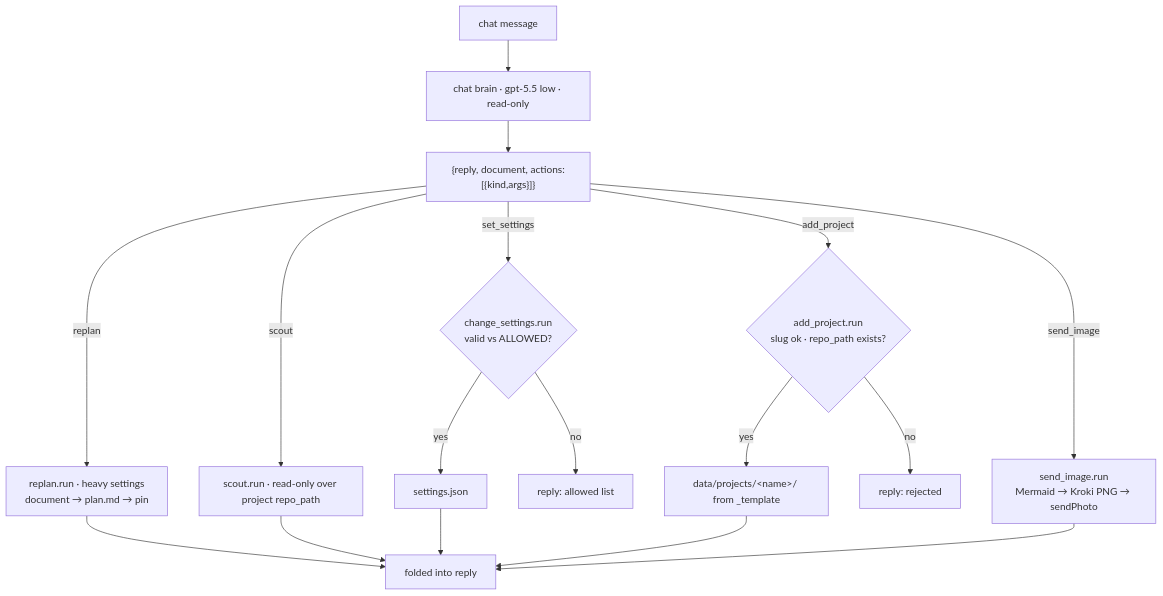
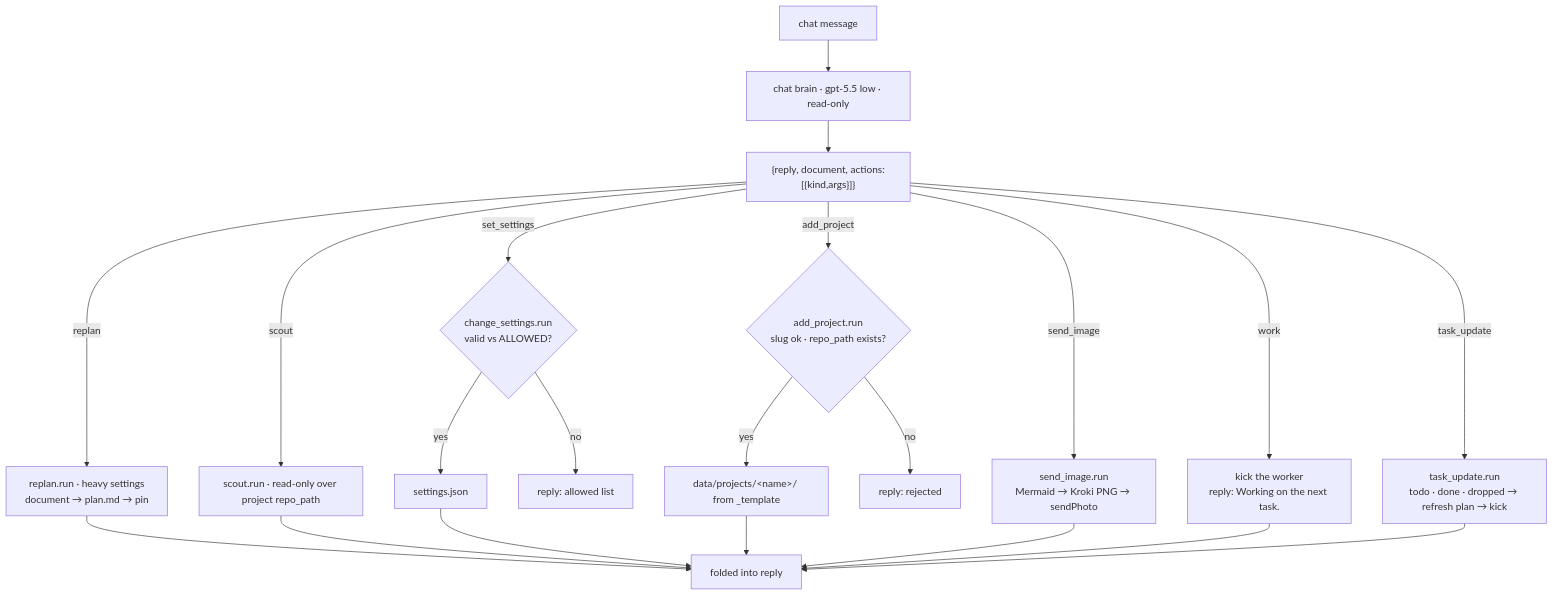
The fifth of 19 diagrams in docs/ARCHITECTURE.md (vovka/mentor-bot), drawn with Mermaid before and after one commit. The commit also changed other lines of this file and 8 other files, not shown here.

````diff
--- a/docs/ARCHITECTURE.md
+++ b/docs/ARCHITECTURE.md
@@ -102,15 +107,17 @@
 ```mermaid
 flowchart TB
   U[chat message] --> C["chat brain · gpt-5.5 low · read-only"]
   C --> OUT["{reply, document, actions:[{kind,args}]}"]
   OUT -- replan --> P["replan.run · heavy settings<br/>document → plan.md → pin"]
   OUT -- scout --> S["scout.run · read-only over project repo_path"]
   OUT -- set_settings --> V{"change_settings.run<br/>valid vs ALLOWED?"}
   OUT -- add_project --> A{"add_project.run<br/>slug ok · repo_path exists?"}
   OUT -- send_image --> I["send_image.run<br/>Mermaid → Kroki PNG → sendPhoto"]
+  OUT -- work --> WK["kick the worker<br/>reply: Working on the next task."]
+  OUT -- task_update --> TU["task_update.run<br/>todo · done · dropped → refresh plan → kick"]
   V -- yes --> W1[settings.json]
   V -- no --> R1[reply: allowed list]
   A -- yes --> W2["data/projects/&lt;name&gt;/ from _template"]
   A -- no --> R2[reply: rejected]
-  P & S & W1 & W2 & I --> RES[folded into reply]
+  P & S & W1 & W2 & I & WK & TU --> RES[folded into reply]
 ```
````
